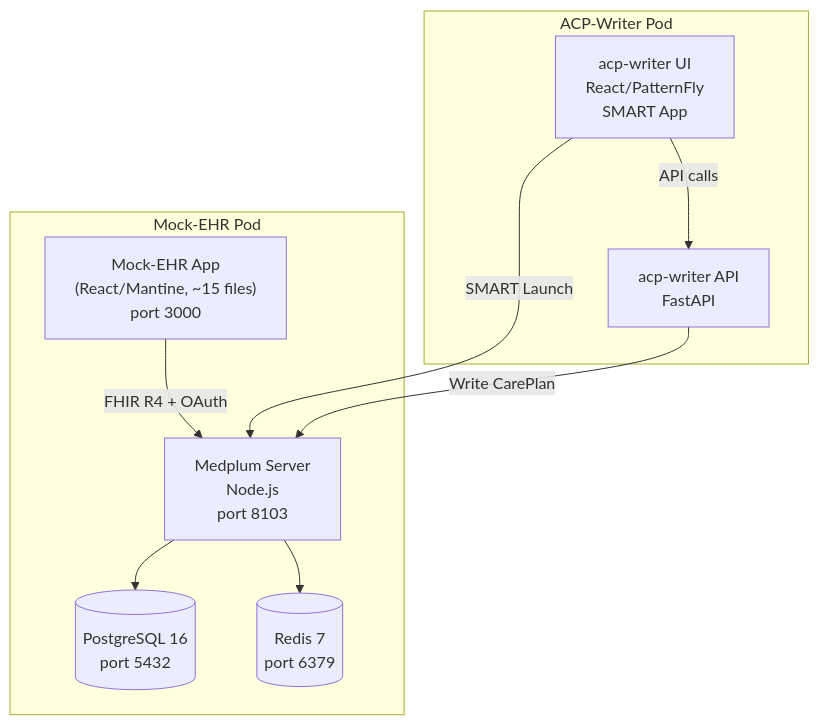
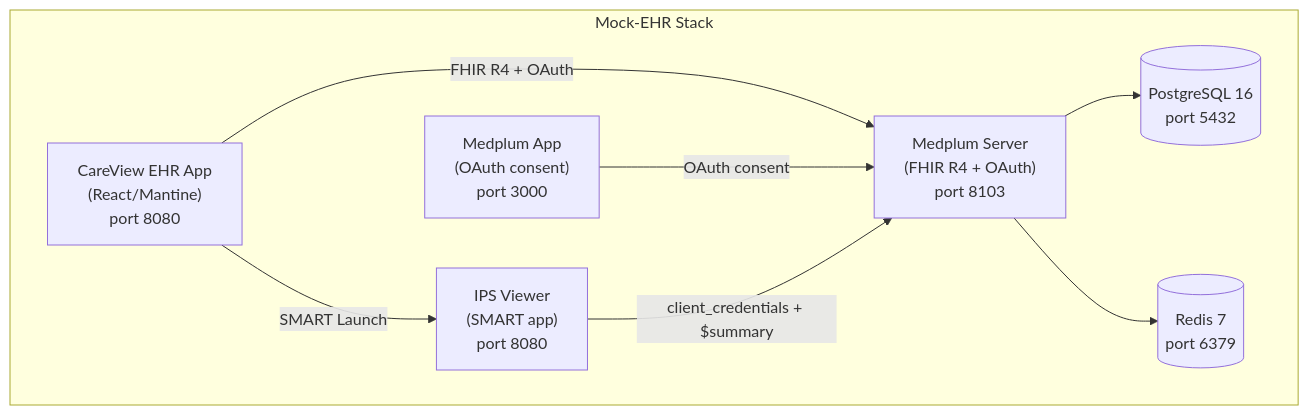
The diagram in dev_docs/ui/mock-ehr-design.md (jaideepr97/cpg-to-acp), drawn with Mermaid before and after one commit. The commit also changed other lines of this file, not shown here.

First line of the commit message:
Rewrite design doc to reflect implemented architecture

````diff
--- a/dev_docs/ui/mock-ehr-design.md
+++ b/dev_docs/ui/mock-ehr-design.md
@@ -347,21 +27,18 @@
 ```mermaid
 graph TB
-    subgraph "Mock-EHR Pod"
-        app["Mock-EHR App<br/>(React/Mantine, ~15 files)<br/>port 3000"]
-        server[Medplum Server<br/>Node.js<br/>port 8103]
+    subgraph "Mock-EHR Stack"
+        app["CareView EHR App<br/>(React/Mantine)<br/>port 8080"]
+        medapp["Medplum App<br/>(OAuth consent)<br/>port 3000"]
+        server["Medplum Server<br/>(FHIR R4 + OAuth)<br/>port 8103"]
         pg[(PostgreSQL 16<br/>port 5432)]
         redis[(Redis 7<br/>port 6379)]
-    end
-
-    subgraph "ACP-Writer Pod"
-        acpui[acp-writer UI<br/>React/PatternFly<br/>SMART App]
-        acpapi[acp-writer API<br/>FastAPI]
+        ips["IPS Viewer<br/>(SMART app)<br/>port 8080"]
     end
 
     app -->|FHIR R4 + OAuth| server
+    app -->|SMART Launch| ips
+    medapp -->|OAuth consent| server
     server --> pg
     server --> redis
-    acpui -->|SMART Launch| server
-    acpui -->|API calls| acpapi
-    acpapi -->|Write CarePlan| server
+    ips -->|client_credentials + $summary| server
 ```
````
